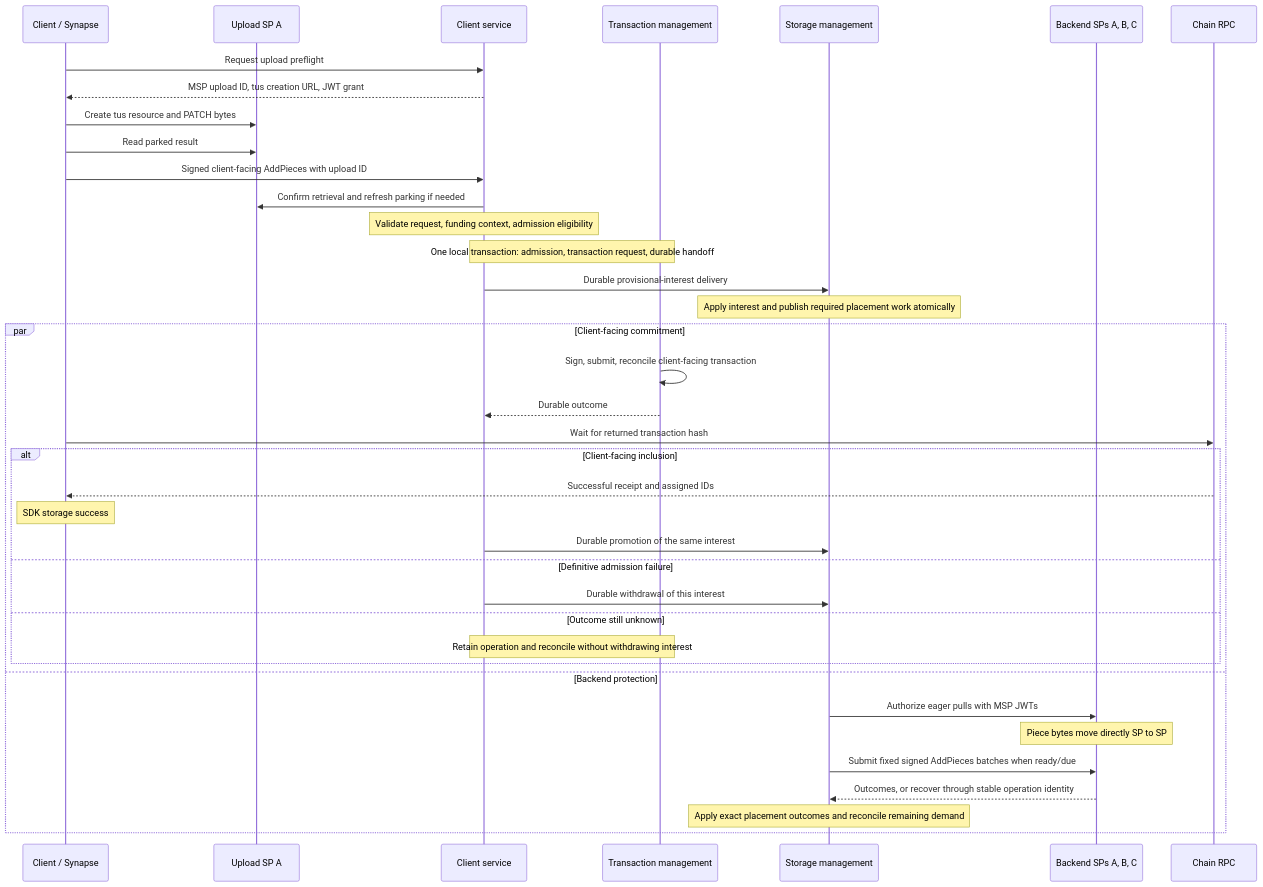
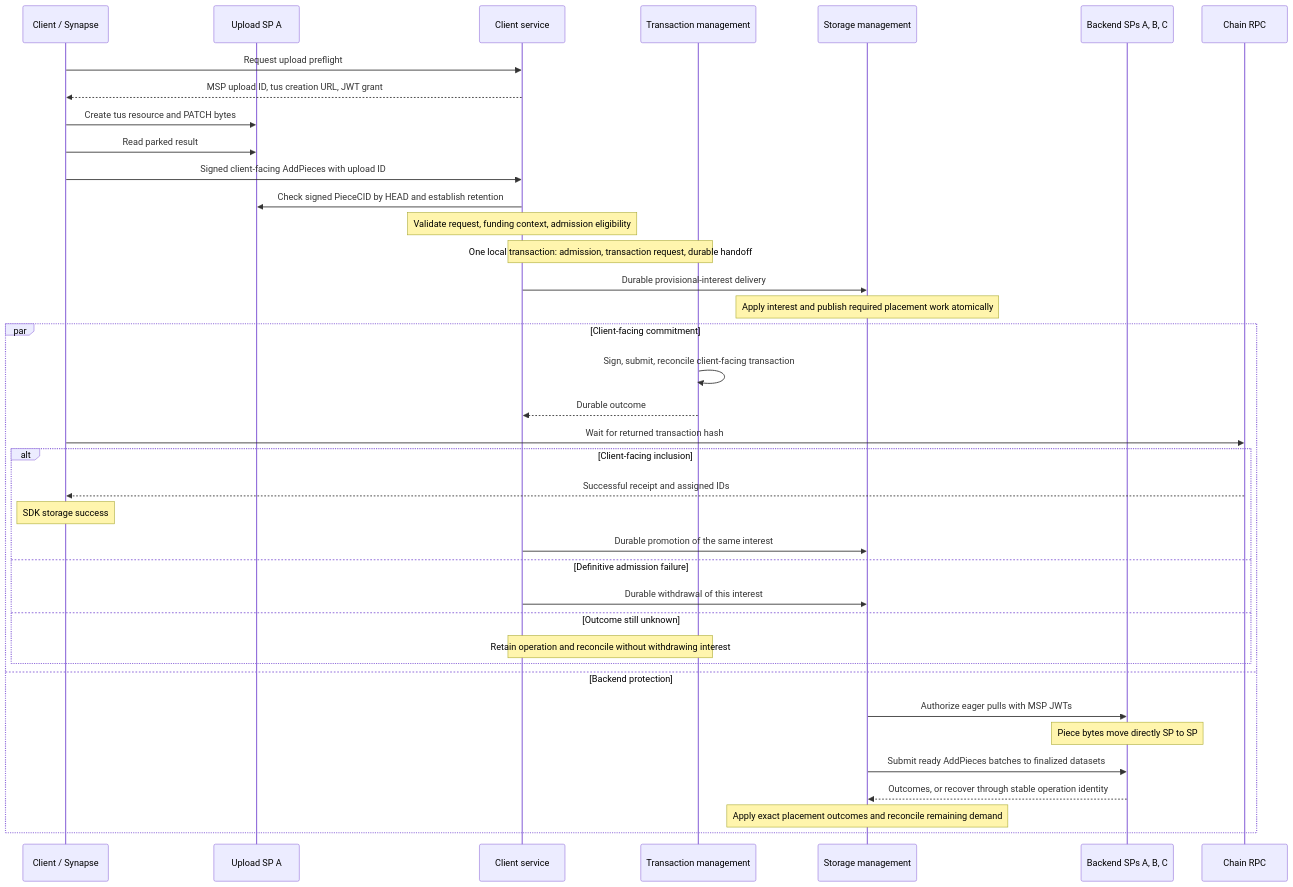
Before and after one commit to filecoin-project/rhizome: the diagram in docs/design/storage-workflows.md, drawn with Mermaid. The commit also changed other lines of this file and 5 other files, not shown here.

````diff
--- a/docs/design/storage-workflows.md
+++ b/docs/design/storage-workflows.md
@@ -17,40 +17,40 @@
 ```mermaid
 sequenceDiagram
     participant C as Client / Synapse
     participant A as Upload SP A
     participant CS as Client service
     participant TM as Transaction management
     participant SM as Storage management
     participant SP as Backend SPs A, B, C
     participant Chain as Chain RPC
     C->>CS: Request upload preflight
     CS-->>C: MSP upload ID, tus creation URL, JWT grant
     C->>A: Create tus resource and PATCH bytes
     C->>A: Read parked result
     C->>CS: Signed client-facing AddPieces with upload ID
-    CS->>A: Confirm retrieval and refresh parking if needed
+    CS->>A: Check signed PieceCID by HEAD and establish retention
     Note over CS: Validate request, funding context, admission eligibility
     Note over CS,TM: One local transaction: admission, transaction request, durable handoff
     CS->>SM: Durable provisional-interest delivery
     Note over SM: Apply interest and publish required placement work atomically
     par Client-facing commitment
         TM->>TM: Sign, submit, reconcile client-facing transaction
         TM-->>CS: Durable outcome
         C->>Chain: Wait for returned transaction hash
         alt Client-facing inclusion
             Chain-->>C: Successful receipt and assigned IDs
             Note over C: SDK storage success
             CS->>SM: Durable promotion of the same interest
         else Definitive admission failure
             CS->>SM: Durable withdrawal of this interest
         else Outcome still unknown
             Note over CS,TM: Retain operation and reconcile without withdrawing interest
         end
     and Backend protection
         SM->>SP: Authorize eager pulls with MSP JWTs
         Note over SP: Piece bytes move directly SP to SP
-        SM->>SP: Submit fixed signed AddPieces batches when ready/due
+        SM->>SP: Submit ready AddPieces batches to finalized datasets
         SP-->>SM: Outcomes, or recover through stable operation identity
         Note over SM: Apply exact placement outcomes and reconcile remaining demand
     end
 ```
````
